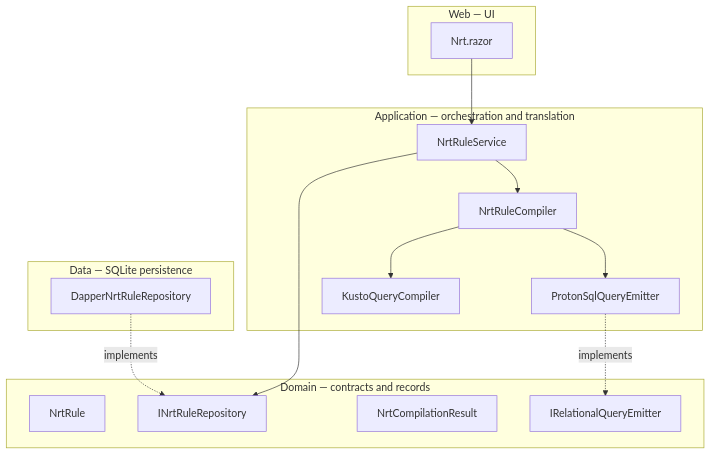
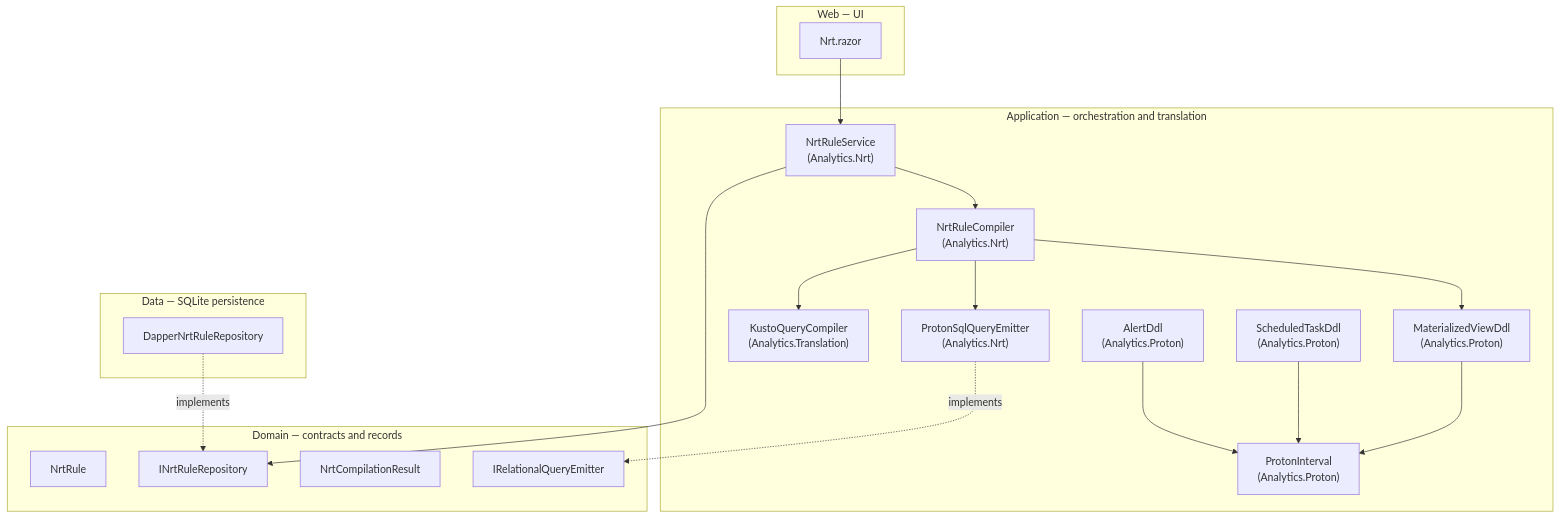
Before and after one commit to DeltaZulu-OU/DeltaZulu.Platform: the fifth of 5 diagrams in docs/ARCHITECTURE.md, drawn with Mermaid. The commit also changed other lines of this file and 6 other files, not shown here.

Commit message:
Add Proton DDL builders (MV, Task, Alert, Interval)

````diff
--- a/docs/ARCHITECTURE.md
+++ b/docs/ARCHITECTURE.md
@@ -507,29 +536,37 @@
 ```mermaid
 flowchart TB
     subgraph Domain["Domain — contracts and records"]
         NrtRule["NrtRule"]
         INrtRepo["INrtRuleRepository"]
         NrtResult["NrtCompilationResult"]
         IEmitter["IRelationalQueryEmitter"]
     end
     subgraph Application["Application — orchestration and translation"]
-        Service["NrtRuleService"]
-        Compiler["NrtRuleCompiler"]
-        ProtonEmitter["ProtonSqlQueryEmitter"]
-        KqlCompiler["KustoQueryCompiler"]
+        Service["NrtRuleService<br/>(Analytics.Nrt)"]
+        Compiler["NrtRuleCompiler<br/>(Analytics.Nrt)"]
+        ProtonEmitter["ProtonSqlQueryEmitter<br/>(Analytics.Nrt)"]
+        KqlCompiler["KustoQueryCompiler<br/>(Analytics.Translation)"]
+        MvDdl["MaterializedViewDdl<br/>(Analytics.Proton)"]
+        TaskDdl["ScheduledTaskDdl<br/>(Analytics.Proton)"]
+        AlertDdl["AlertDdl<br/>(Analytics.Proton)"]
+        Interval["ProtonInterval<br/>(Analytics.Proton)"]
     end
     subgraph Data["Data — SQLite persistence"]
         DapperRepo["DapperNrtRuleRepository"]
     end
     subgraph Web["Web — UI"]
         Razor["Nrt.razor"]
     end
 
     Razor --> Service
     Service --> Compiler
     Service --> INrtRepo
     Compiler --> KqlCompiler
     Compiler --> ProtonEmitter
+    Compiler --> MvDdl
+    MvDdl --> Interval
+    TaskDdl --> Interval
+    AlertDdl --> Interval
     ProtonEmitter -.->|implements| IEmitter
     DapperRepo -.->|implements| INrtRepo
 ```
````
